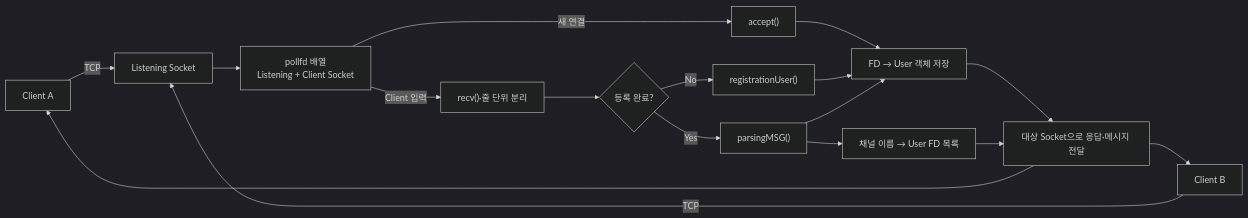
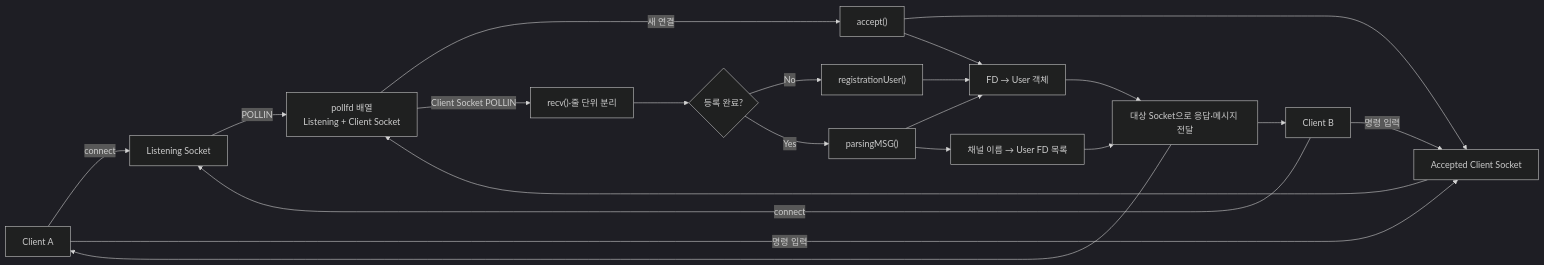
Before and after one commit to tjung03/ft_irc: the diagram in README.md, drawn with Mermaid (dark theme). The commit also changed other lines of this file, not shown here.

Commit message:
docs: correct IRC socket flow diagram

````diff
--- a/README.md
+++ b/README.md
@@ -9,19 +9,38 @@
 ```mermaid
 flowchart LR
-    C1["Client A"] -->|"TCP"| L["Listening Socket"]
-    C2["Client B"] -->|"TCP"| L
-    L --> P["pollfd 배열<br/>Listening + Client Socket"]
-    P -->|"새 연결"| A["accept()"]
-    A --> U["FD → User 객체 저장"]
-    P -->|"Client 입력"| R["recv()·줄 단위 분리"]
-    R --> G{"등록 완료?"}
-    G -->|"No"| REG["registrationUser()"]
-    G -->|"Yes"| CMD["parsingMSG()"]
+    C1["Client A"]
+    C2["Client B"]
+    L["Listening Socket"]
+    A["accept()"]
+    CS["Accepted Client Socket"]
+    P["pollfd 배열<br/>Listening + Client Socket"]
+    U["FD → User 객체"]
+    R["recv()·줄 단위 분리"]
+    G{"등록 완료?"}
+    REG["registrationUser()"]
+    CMD["parsingMSG()"]
+    CH["채널 이름 → User FD 목록"]
+    S["대상 Socket으로 응답·메시지 전달"]
+
+    C1 -->|"connect"| L
+    C2 -->|"connect"| L
+    L -->|"POLLIN"| P
+    P -->|"새 연결"| A
+    A --> CS
+    A --> U
+    CS --> P
+
+    C1 -->|"명령 입력"| CS
+    C2 -->|"명령 입력"| CS
+    P -->|"Client Socket POLLIN"| R
+    R --> G
+    G -->|"No"| REG
+    G -->|"Yes"| CMD
     REG --> U
     CMD --> U
-    CMD --> CH["채널 이름 → User FD 목록"]
-    U --> S["대상 Socket으로 응답·메시지 전달"]
+    CMD --> CH
+    U --> S
     CH --> S
     S --> C1
     S --> C2
 ```
````
